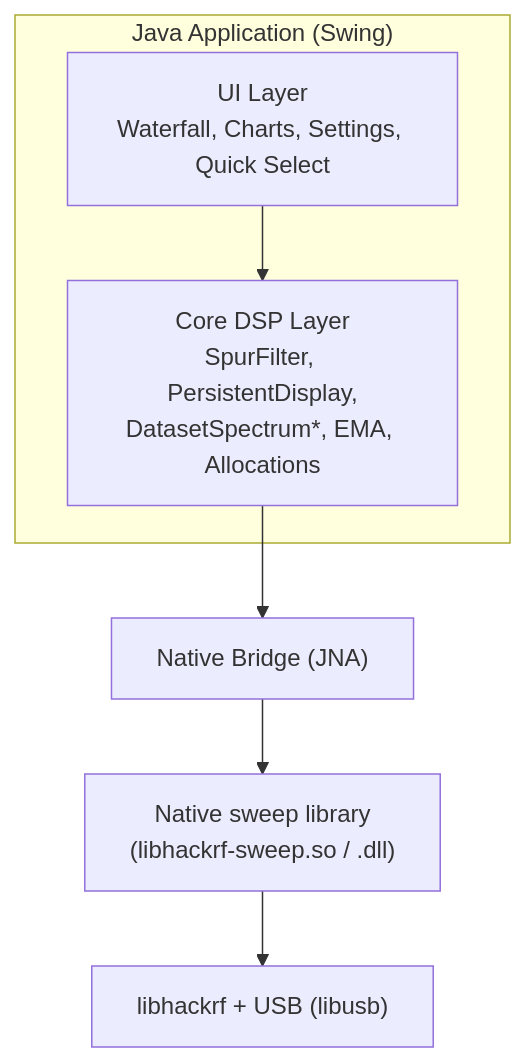
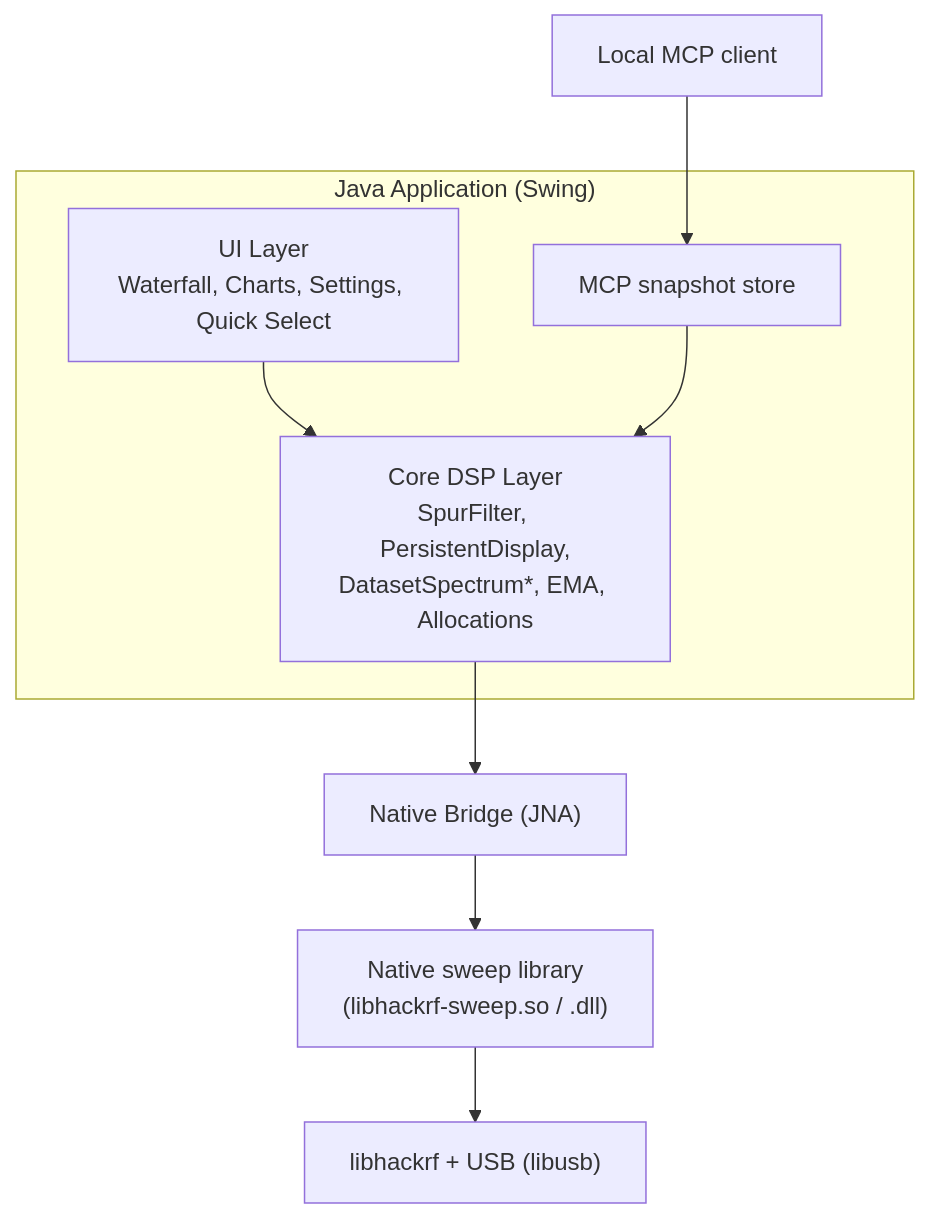
The first of 5 diagrams in docs/architecture.md (chris-piekarski/hackrf-spectrum-analyzer), drawn with Mermaid before and after one commit. The commit also changed other lines of this file and 43 other files, not shown here.

````diff
--- a/docs/architecture.md
+++ b/docs/architecture.md
@@ -5,16 +5,20 @@
 ```mermaid
 flowchart TD
     subgraph JavaApp["Java Application (Swing)"]
         UI["UI Layer<br/>Waterfall, Charts, Settings, Quick Select"]
         Core["Core DSP Layer<br/>SpurFilter, PersistentDisplay,<br/>DatasetSpectrum*, EMA, Allocations"]
+        MCP["MCP snapshot store"]
     end
 
     NativeBridge["Native Bridge (JNA)"]
     NativeLib["Native sweep library<br/>(libhackrf-sweep.so / .dll)"]
     HackRF["libhackrf + USB (libusb)"]
+    Agent["Local MCP client"]
 
     UI --> Core
+    MCP --> Core
+    Agent --> MCP
     Core --> NativeBridge
     NativeBridge --> NativeLib
     NativeLib --> HackRF
 ```
````
